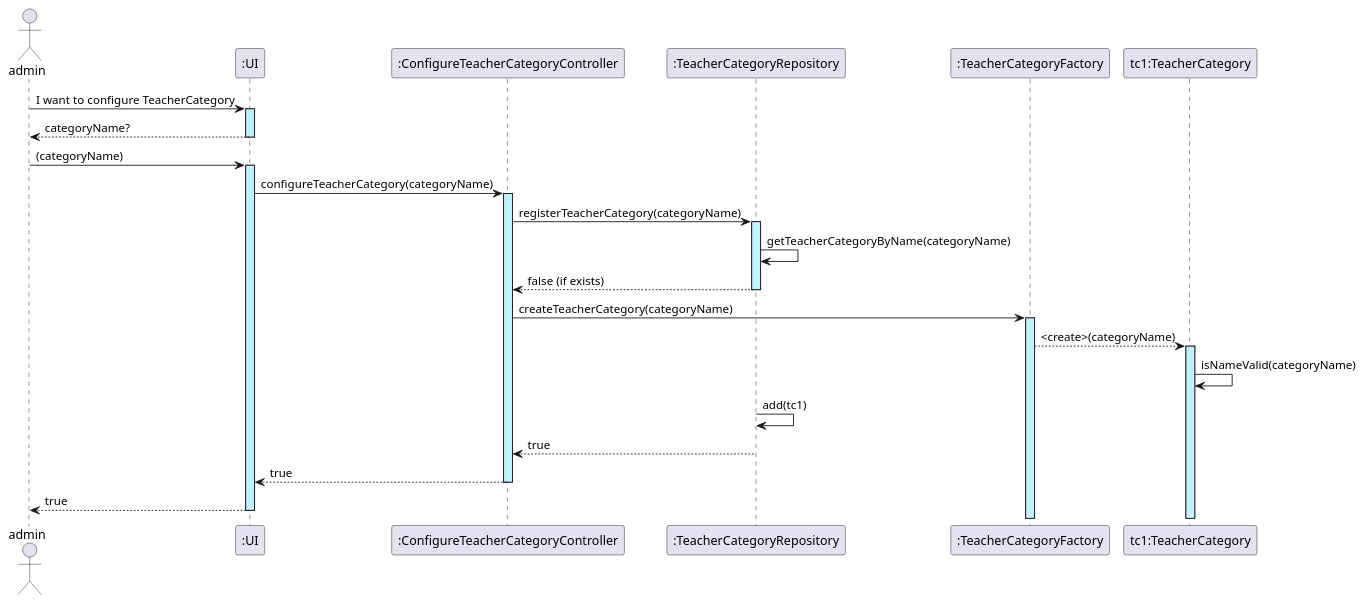
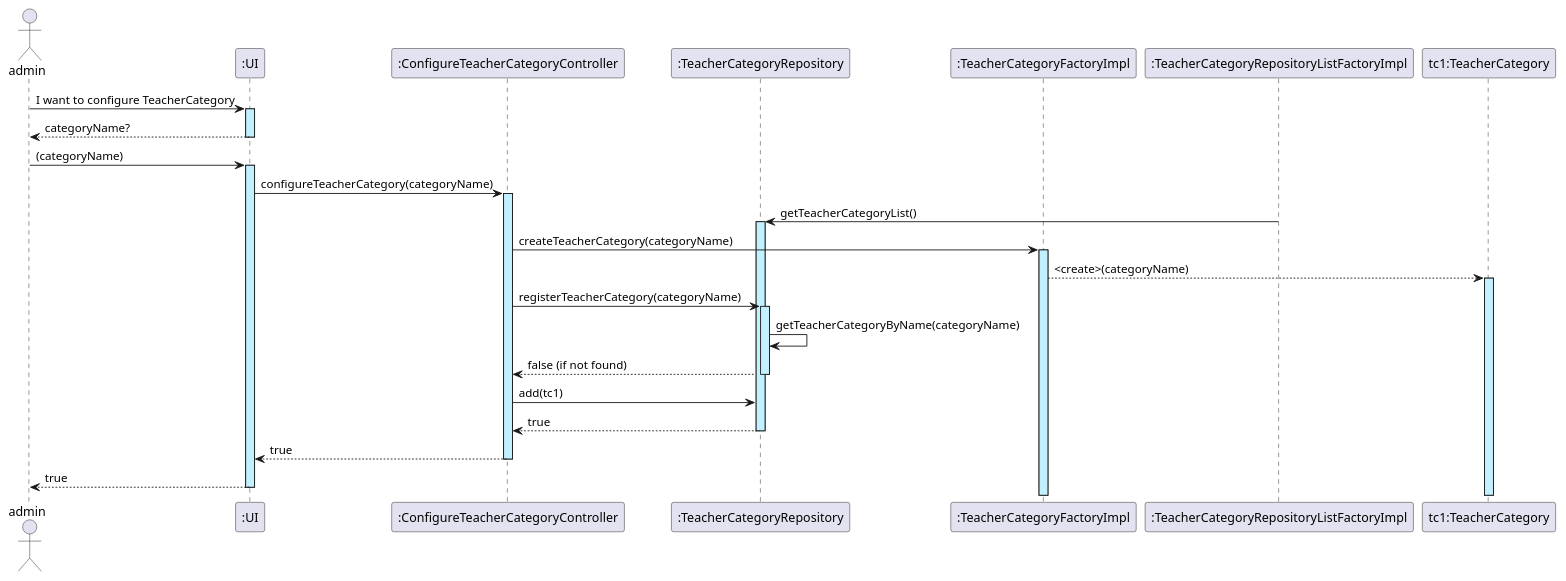
One commit to GasparISEP/DevOps-PAI changed the diagram in docs/US01/US01_ConfigureTeacherCategoriesInSystem_SequenceDiagram.puml. Above: the diagram before and after it, drawn with PlantUML. The commit also changed 2 other files, not shown here.

```diff
--- a/docs/US01/US01_ConfigureTeacherCategoriesInSystem_SequenceDiagram.puml
+++ b/docs/US01/US01_ConfigureTeacherCategoriesInSystem_SequenceDiagram.puml
@@ -1,29 +1,34 @@
 @startuml
 actor admin
 
 admin -> ":UI" as UI ++ #application : I want to configure TeacherCategory
 UI --> admin -- : categoryName?
 
 admin -> UI ++ #application : (categoryName)
 
 UI -> ":ConfigureTeacherCategoryController" as ConfigureTeacherCategoryController ++ #application : configureTeacherCategory(categoryName)
 
 participant ":TeacherCategoryRepository" as TeacherCategoryRepository
-participant ":TeacherCategoryFactory" as TeacherCategoryFactory
+participant ":TeacherCategoryFactoryImpl" as TeacherCategoryFactoryImpl
+participant ":TeacherCategoryRepositoryListFactoryImpl" as TeacherCategoryRepositoryListFactoryImpl
 
+' New repository list initialization
+TeacherCategoryRepositoryListFactoryImpl -> TeacherCategoryRepository ++ #application : getTeacherCategoryList()
+
+' Create TeacherCategory
+ConfigureTeacherCategoryController -> TeacherCategoryFactoryImpl ++ #application : createTeacherCategory(categoryName)
+TeacherCategoryFactoryImpl --> "tc1:TeacherCategory" as TeacherCategory ++ #application : <create>(categoryName)
+
+' Check if category exists
 ConfigureTeacherCategoryController -> TeacherCategoryRepository ++ #application : registerTeacherCategory(categoryName)
+TeacherCategoryRepository -> TeacherCategoryRepository : getTeacherCategoryByName(categoryName)
+TeacherCategoryRepository --> ConfigureTeacherCategoryController --: false (if not found)
 
-TeacherCategoryRepository -> TeacherCategoryRepository : getTeacherCategoryByName(categoryName)
-TeacherCategoryRepository --> ConfigureTeacherCategoryController --: false (if exists)
-
-ConfigureTeacherCategoryController -> TeacherCategoryFactory ++ #application : createTeacherCategory(categoryName)
-TeacherCategoryFactory --> "tc1:TeacherCategory" as TeacherCategory ++ #application : <create>(categoryName)
-
-TeacherCategory -> TeacherCategory : isNameValid(categoryName)
-
-TeacherCategoryRepository -> TeacherCategoryRepository : add(tc1)
+' Add new category to repository
+ConfigureTeacherCategoryController -> TeacherCategoryRepository : add(tc1)
 TeacherCategoryRepository --> ConfigureTeacherCategoryController --: true
 
+' Respond to UI
 ConfigureTeacherCategoryController --> UI --: true
 UI --> admin --: true
 @enduml
```
